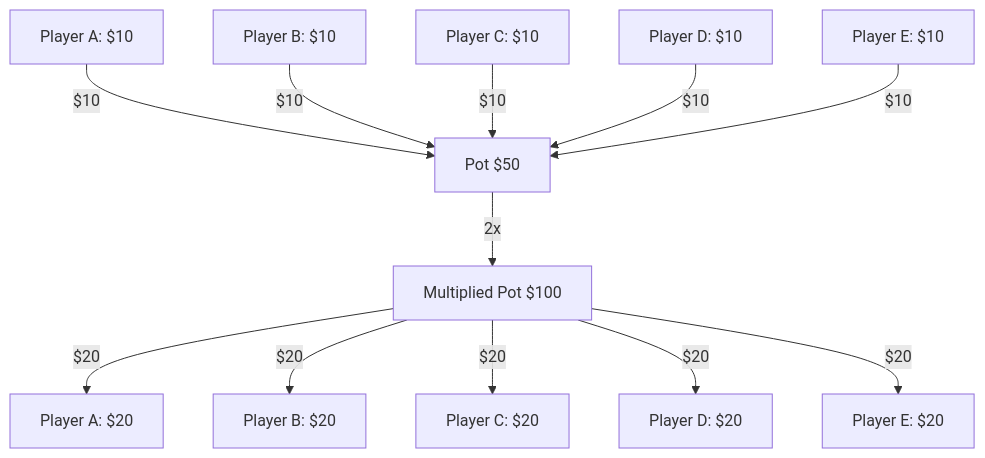
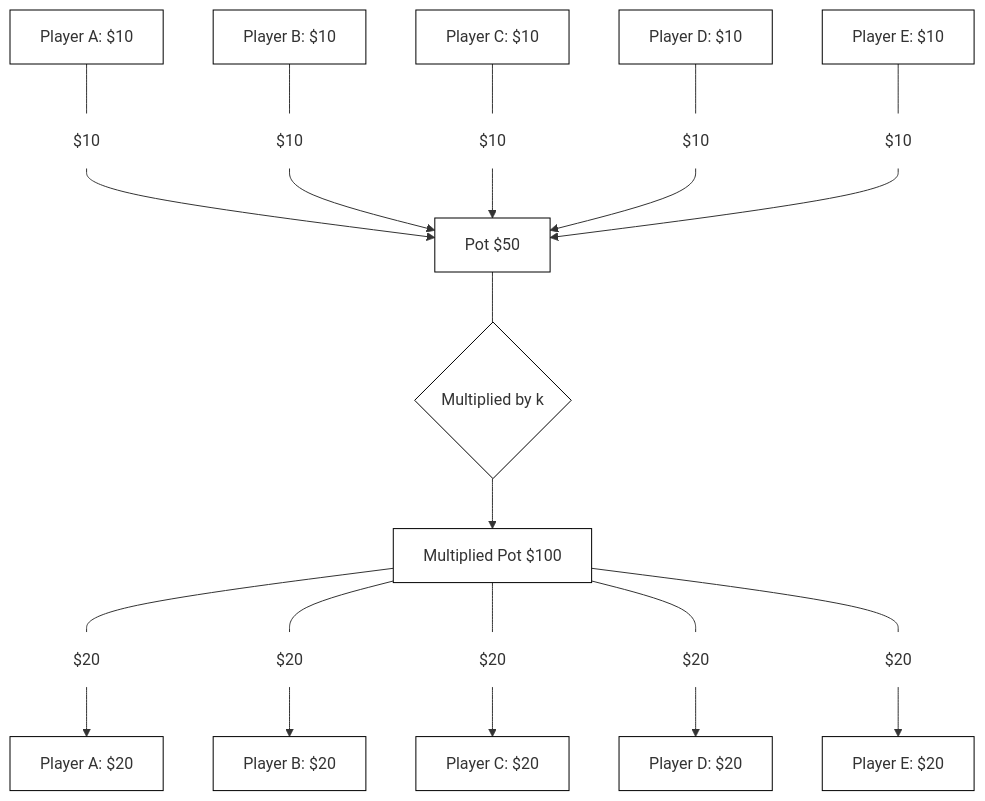
One commit to jasonacollins/behaviouraleconomics changed the third of 3 diagrams in game-theory/simultaneous-move-one-shot-games.qmd. Above: the diagram before and after it, drawn with Mermaid. The commit also changed other lines of this file and 72 other files, not shown here.

````diff
--- a/game-theory/simultaneous-move-one-shot-games.qmd
+++ b/game-theory/simultaneous-move-one-shot-games.qmd
@@ -187,20 +206,30 @@
 ```{mermaid}
 %%| fig-width: 5
+%%| label: public-goods-game-3
+%%| fig-cap: The public goods game
+%%| mermaid-format: png
 
 graph TD
+    classDef default fill:#FFF
 
-A[Player A: $10] -->|$10| F[Pot $50]
-B[Player B: $10] -->|$10| F
-C[Player C: $10] -->|$10| F
-D[Player D: $10] -->|$10| F
-E[Player E: $10] -->|$10| F
+    A[Player A: $10] ---F[$10] --> K[Pot $50]
+    B[Player B: $10] ---G[$10] --> K
+    C[Player C: $10] ---H[$10] --> K
+    D[Player D: $10] ---I[$10] --> K
+    E[Player E: $10] ---J[$10] --> K
 
-F -->|2x| G[Multiplied Pot $100]
+    K  ---L{Multiplied by k} --> M[Multiplied Pot $100]
 
-G -->|$20| H[Player A: $20]
-G -->|$20| I[Player B: $20]
-G -->|$20| J[Player C: $20]
-G -->|$20| K[Player D: $20]
-G -->|$20| L[Player E: $20]
+    M --- N[$20] -->S[Player A: $20]
+    M --- O[$20] -->T[Player B: $20]
+    M --- P[$20] -->U[Player C: $20]
+    M --- Q[$20] -->V[Player D: $20]
+    M --- R[$20] -->W[Player E: $20]
+
+    classDef node fill:#FFF, stroke:#000;
+    class A,B,C,D,E,S,T,U,V,W node;
+
+    classDef edge fill:#FFF, stroke:#FFF;
+    class F,G,H,I,J,N,O,P,Q,R edge;
 
 ```
````
